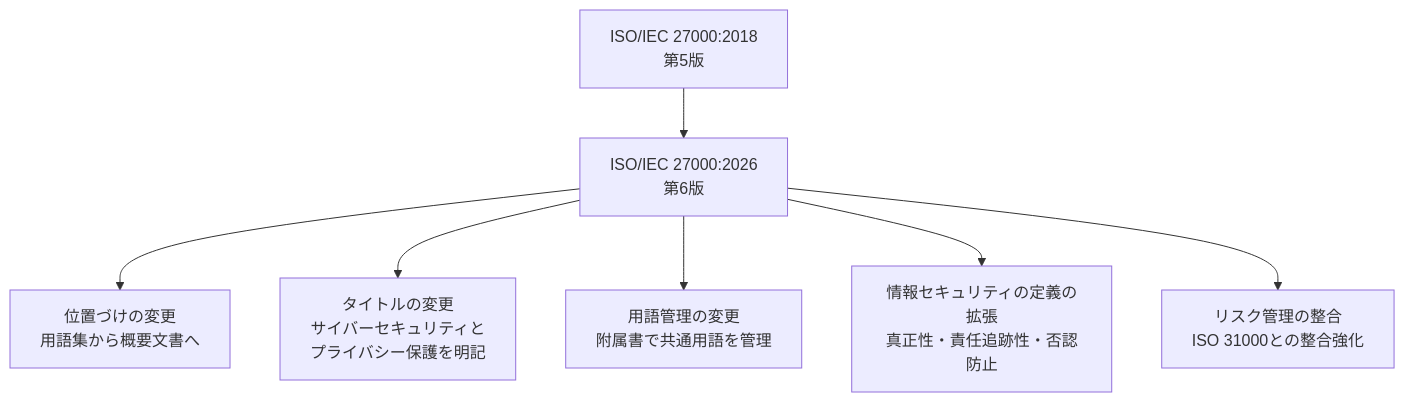
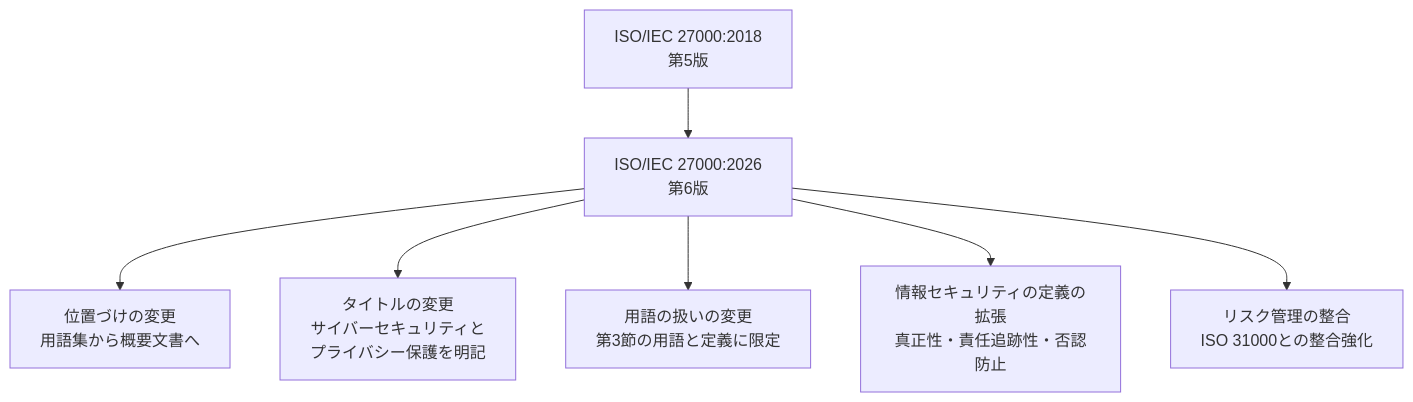
One commit to myoshi2891/Security_Studies changed the third of 6 diagrams in Iso-iec-27000-2026-guide.md. Above: the diagram before and after it, drawn with Mermaid. The commit also changed other lines of this file, not shown here.

````diff
--- a/Iso-iec-27000-2026-guide.md
+++ b/Iso-iec-27000-2026-guide.md
@@ -168,9 +168,9 @@
 ```mermaid
 flowchart TD
     A["ISO/IEC 27000:2018<br/>第5版"] --> B["ISO/IEC 27000:2026<br/>第6版"]
     B --> C["位置づけの変更<br/>用語集から概要文書へ"]
     B --> D["タイトルの変更<br/>サイバーセキュリティと<br/>プライバシー保護を明記"]
-    B --> E["用語管理の変更<br/>附属書で共通用語を管理"]
+    B --> E["用語の扱いの変更<br/>第3節の用語と定義に限定"]
     B --> F["情報セキュリティの定義の拡張<br/>真正性・責任追跡性・否認防止"]
     B --> G["リスク管理の整合<br/>ISO 31000との整合強化"]
 ```
````
